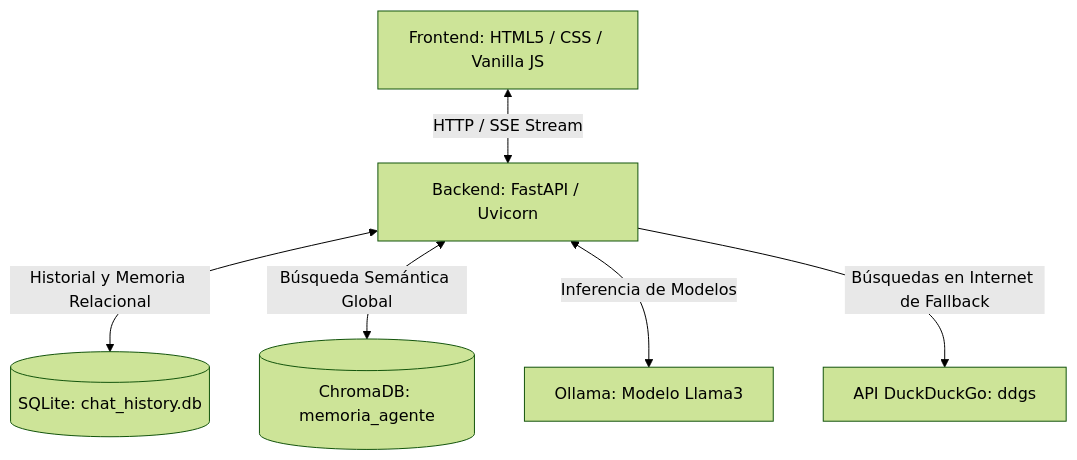
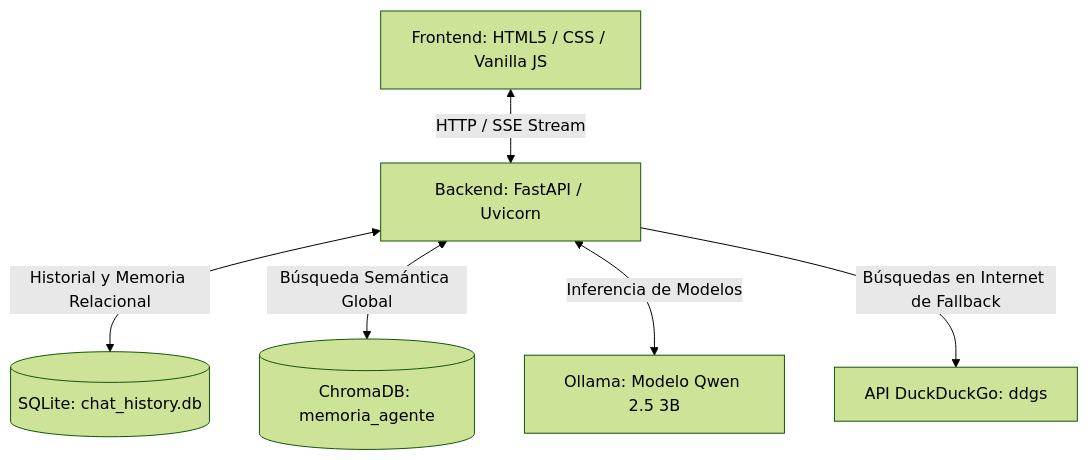
Before and after one commit to AngeloAlexanderBenavides/LLMRAG: the first of 2 diagrams in DOCUMENTACION_SISTEMA.md, drawn with Mermaid (forest theme). The commit also changed other lines of this file and 2 other files, not shown here.

Commit message:
Cambio de modelo

````diff
--- a/DOCUMENTACION_SISTEMA.md
+++ b/DOCUMENTACION_SISTEMA.md
@@ -11,8 +11,8 @@
 ```mermaid
 graph TD
     A[Frontend: HTML5 / CSS / Vanilla JS] <-->|HTTP / SSE Stream| B[Backend: FastAPI / Uvicorn]
     B <-->|Historial y Memoria Relacional| C[(SQLite: chat_history.db)]
     B <-->|Búsqueda Semántica Global| D[(ChromaDB: memoria_agente)]
-    B <-->|Inferencia de Modelos| E[Ollama: Modelo Llama3]
+    B <-->|Inferencia de Modelos| E[Ollama: Modelo Qwen 2.5 3B]
     B -->|Búsquedas en Internet de Fallback| F[API DuckDuckGo: ddgs]
 ```
````
